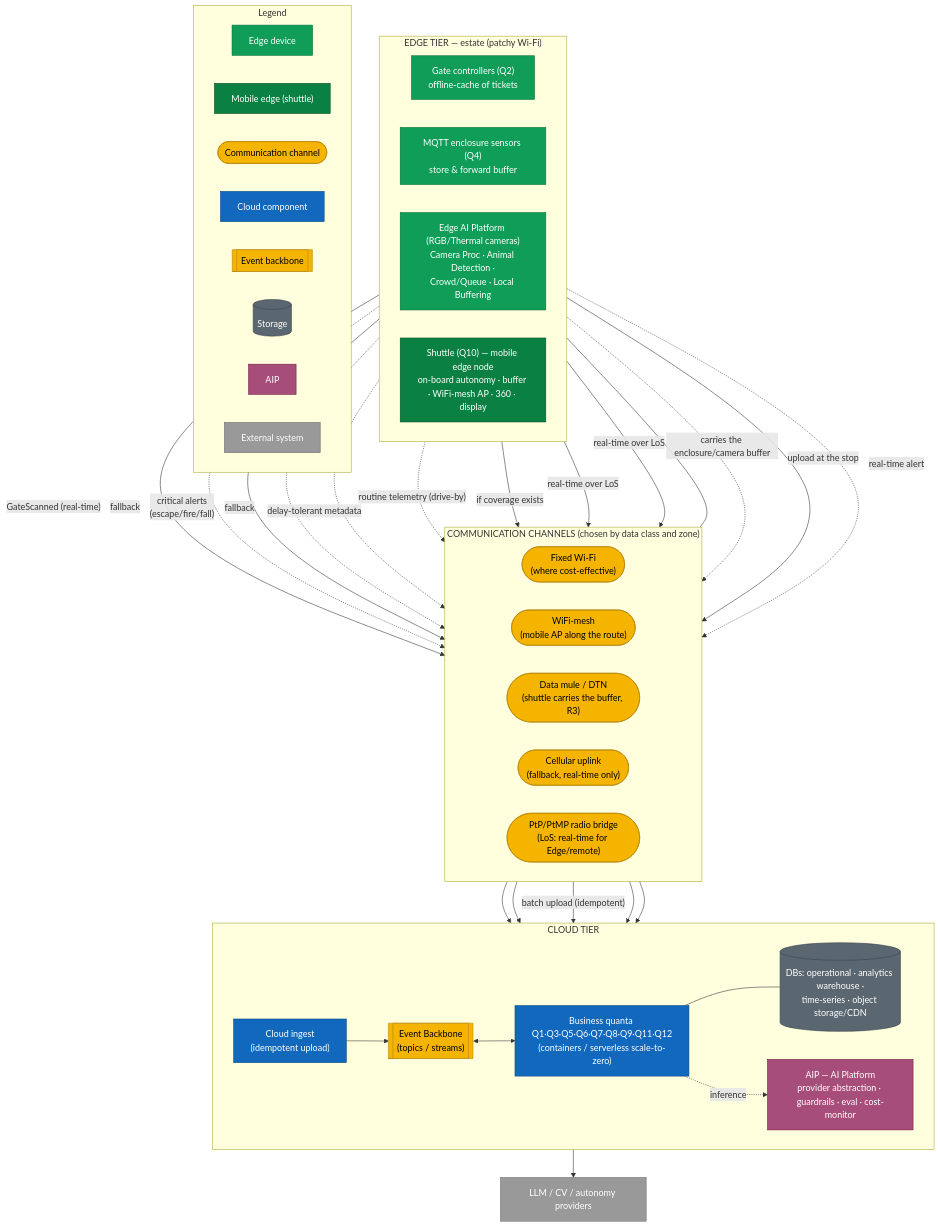
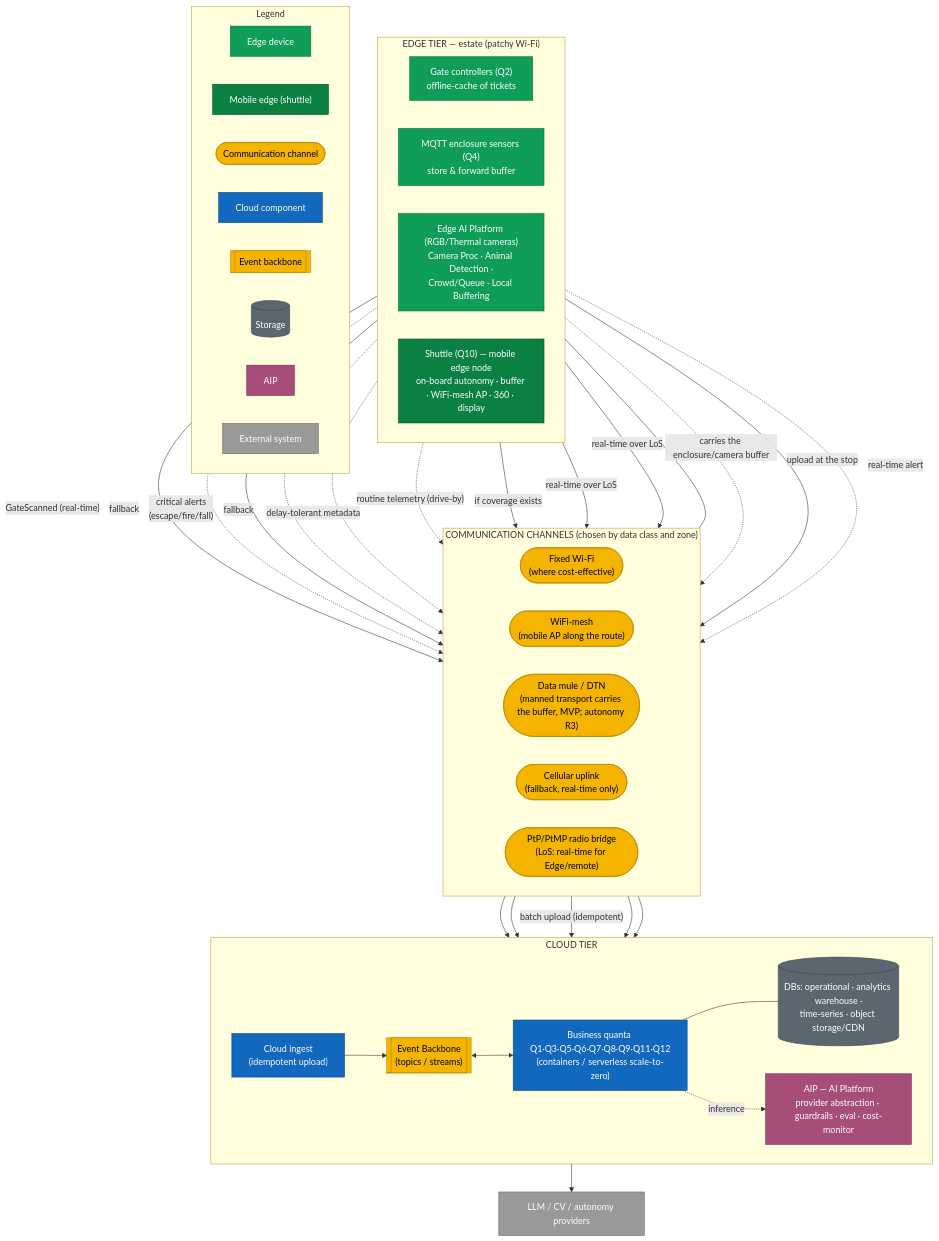
Before and after one commit to AGG3000/architecturalkatas2026: the diagram in diagrams/deployment.md, drawn with Mermaid. The commit also changed other lines of this file and 19 other files, not shown here.

```diff
--- a/diagrams/deployment.md
+++ b/diagrams/deployment.md
@@ -22,7 +22,7 @@
         direction LR
         wifi(["Fixed Wi-Fi<br/>(where cost-effective)"]):::link
         mesh(["WiFi-mesh<br/>(mobile AP along the route)"]):::link
-        mule(["Data mule / DTN<br/>(shuttle carries the buffer, R3)"]):::link
+        mule(["Data mule / DTN<br/>(manned transport carries the buffer, MVP; autonomy R3)"]):::link
         cell(["Cellular uplink<br/>(fallback, real-time only)"]):::link
         bridge(["PtP/PtMP radio bridge<br/>(LoS: real-time for Edge/remote)"]):::link
     end
```
